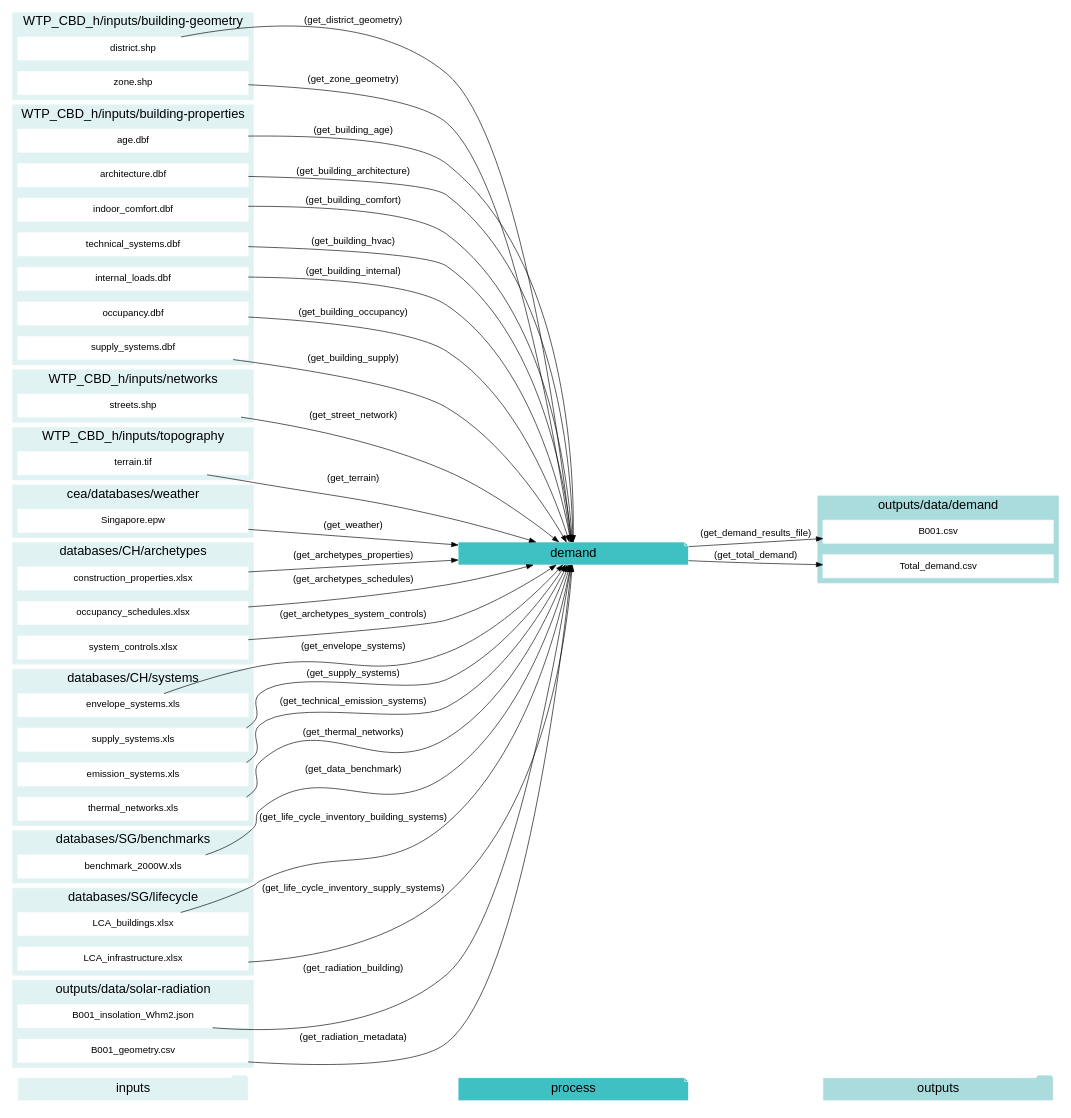
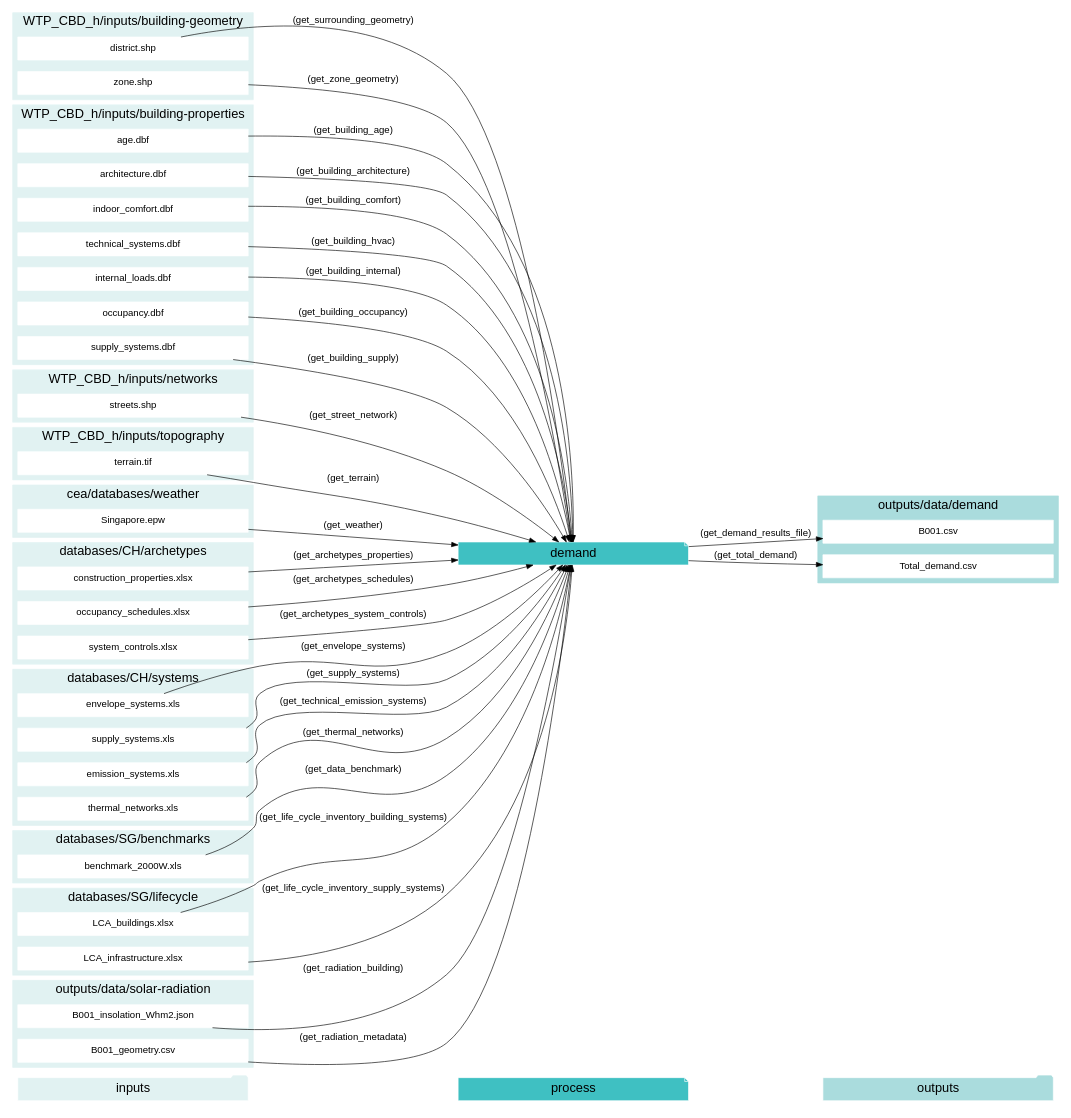
Before and after one commit to architecture-building-systems/CityEnergyAnalyst: the tenth of 12 diagrams in docs/script-data-flow.rst, drawn with Graphviz. The commit also changed other lines of this file and 9 other files, not shown here.

```diff
--- a/docs/script-data-flow.rst
+++ b/docs/script-data-flow.rst
@@ -1443,7 +1443,7 @@
     "occupancy.dbf" -> "demand"[label="(get_building_occupancy)"]
     "supply_systems.dbf" -> "demand"[label="(get_building_supply)"]
     "benchmark_2000W.xls" -> "demand"[label="(get_data_benchmark)"]
-    "district.shp" -> "demand"[label="(get_district_geometry)"]
+    "district.shp" -> "demand"[label="(get_surrounding_geometry)"]
     "envelope_systems.xls" -> "demand"[label="(get_envelope_systems)"]
     "LCA_buildings.xlsx" -> "demand"[label="(get_life_cycle_inventory_building_systems)"]
     "LCA_infrastructure.xlsx" -> "demand"[label="(get_life_cycle_inventory_supply_systems)"]
```
